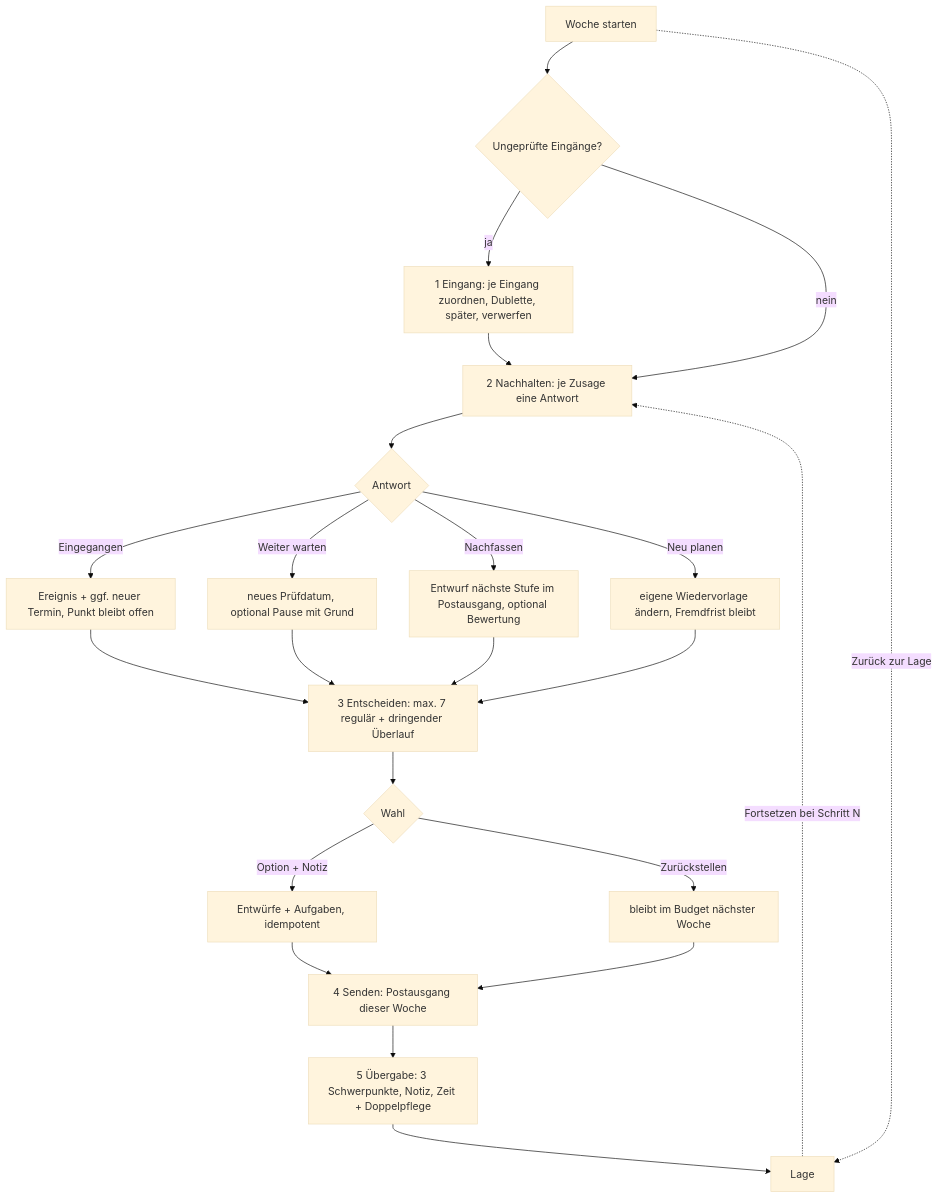
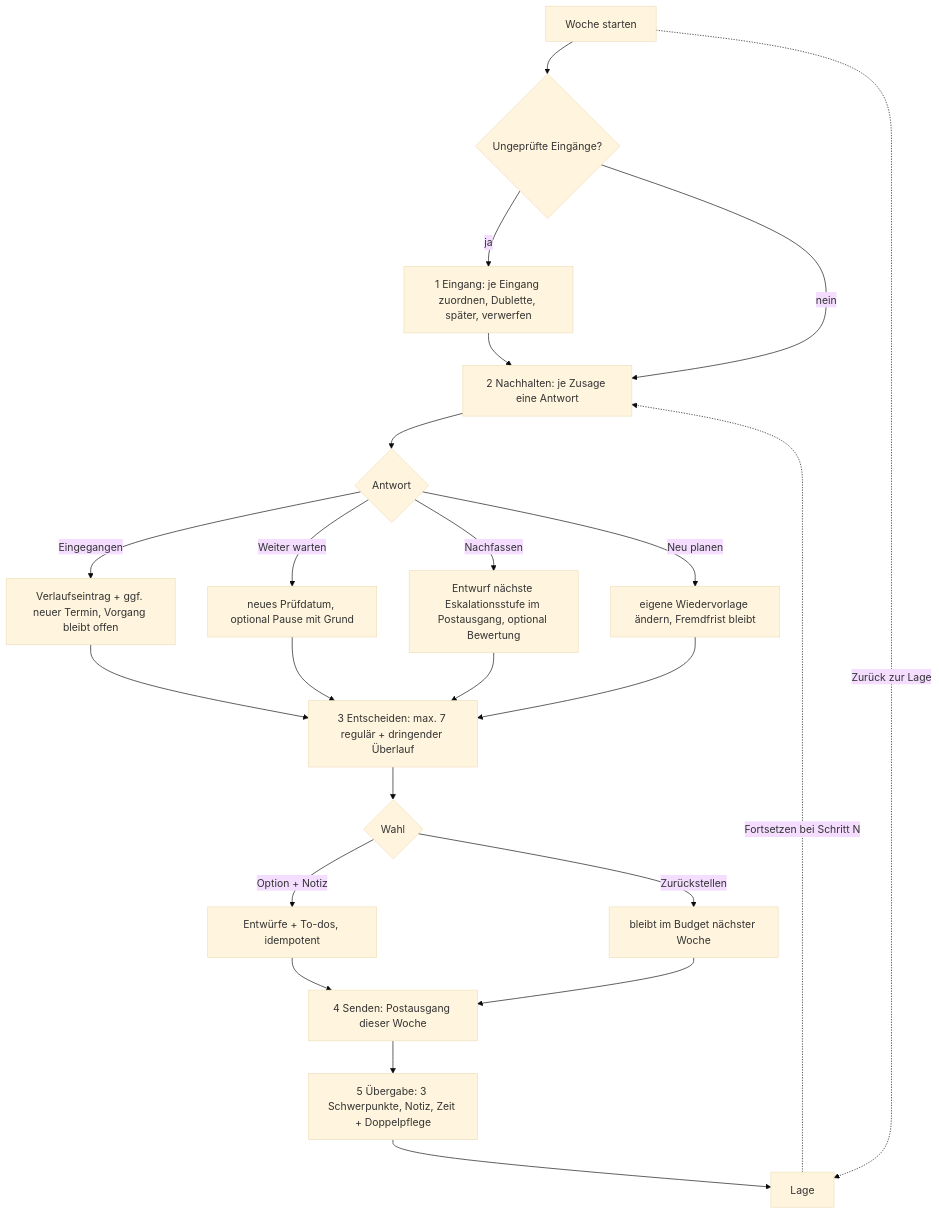
Before and after one commit to Luis85/weg-manager: the diagram in docs/design/user-flows/FLOW-02 - Wochenarbeit geführt.md, drawn with Mermaid (base theme). The commit also changed other lines of this file and 395 other files, not shown here.

````diff
--- a/docs/design/user-flows/FLOW-02 - Wochenarbeit geführt.md
+++ b/docs/design/user-flows/FLOW-02 - Wochenarbeit geführt.md
@@ -36,21 +36,21 @@
 ```mermaid
 flowchart TD
   S[Woche starten] --> E1{Ungeprüfte Eingänge?}
   E1 -- ja --> E[1 Eingang: je Eingang zuordnen, Dublette, später, verwerfen]
   E1 -- nein --> N
   E --> N[2 Nachhalten: je Zusage eine Antwort]
   N --> N1{Antwort}
-  N1 -- Eingegangen --> NE[Ereignis + ggf. neuer Termin, Punkt bleibt offen]
+  N1 -- Eingegangen --> NE[Verlaufseintrag + ggf. neuer Termin, Vorgang bleibt offen]
   N1 -- Weiter warten --> NW[neues Prüfdatum, optional Pause mit Grund]
-  N1 -- Nachfassen --> NF[Entwurf nächste Stufe im Postausgang, optional Bewertung]
+  N1 -- Nachfassen --> NF[Entwurf nächste Eskalationsstufe im Postausgang, optional Bewertung]
   N1 -- Neu planen --> NP[eigene Wiedervorlage ändern, Fremdfrist bleibt]
   NE & NW & NF & NP --> D[3 Entscheiden: max. 7 regulär + dringender Überlauf]
   D --> D1{Wahl}
-  D1 -- Option + Notiz --> DF[Entwürfe + Aufgaben, idempotent]
+  D1 -- Option + Notiz --> DF[Entwürfe + To-dos, idempotent]
   D1 -- Zurückstellen --> DZ[bleibt im Budget nächster Woche]
   DF & DZ --> P[4 Senden: Postausgang dieser Woche]
   P --> U[5 Übergabe: 3 Schwerpunkte, Notiz, Zeit + Doppelpflege]
   U --> L[Lage]
   S -. Zurück zur Lage .-> L
   L -. Fortsetzen bei Schritt N .-> N
 ```
````
